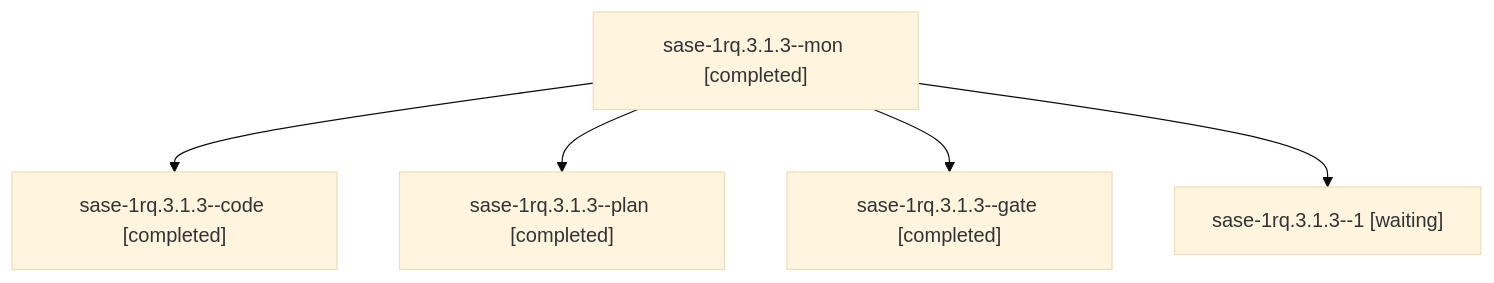
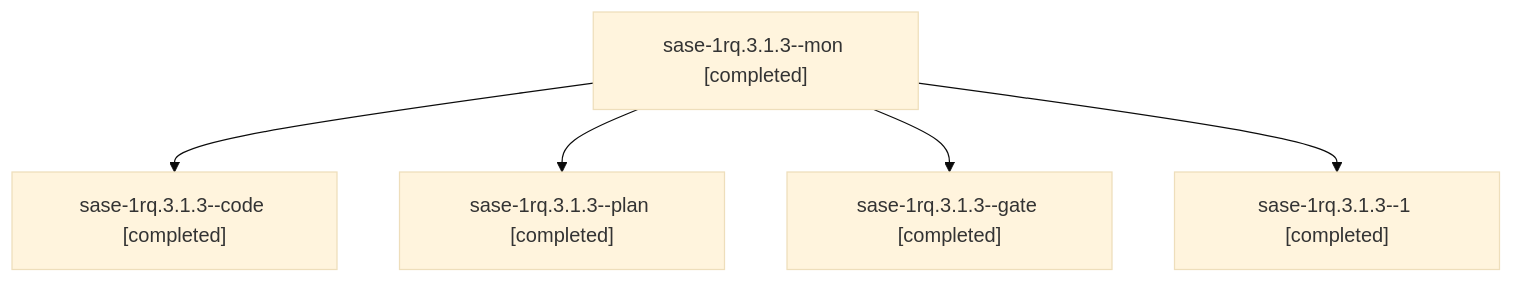
One commit to sase-org/sase--agents changed the diagram in sessions/bbugyi200.athena.sase-1rq.3.1.3.md. Above: the diagram before and after it, drawn with Mermaid (base theme). The commit also changed other lines of this file and 146 other files, not shown here.

````diff
--- a/sessions/bbugyi200.athena.sase-1rq.3.1.3.md
+++ b/sessions/bbugyi200.athena.sase-1rq.3.1.3.md
@@ -9,12 +9,12 @@
 ```mermaid
 flowchart TD
   n0["sase-1rq.3.1.3--mon [completed]"]
   n1["sase-1rq.3.1.3--code [completed]"]
   n0 --> n1
   n2["sase-1rq.3.1.3--plan [completed]"]
   n0 --> n2
   n3["sase-1rq.3.1.3--gate [completed]"]
   n0 --> n3
-  n4["sase-1rq.3.1.3--1 [waiting]"]
+  n4["sase-1rq.3.1.3--1 [completed]"]
   n0 --> n4
 ```
````
